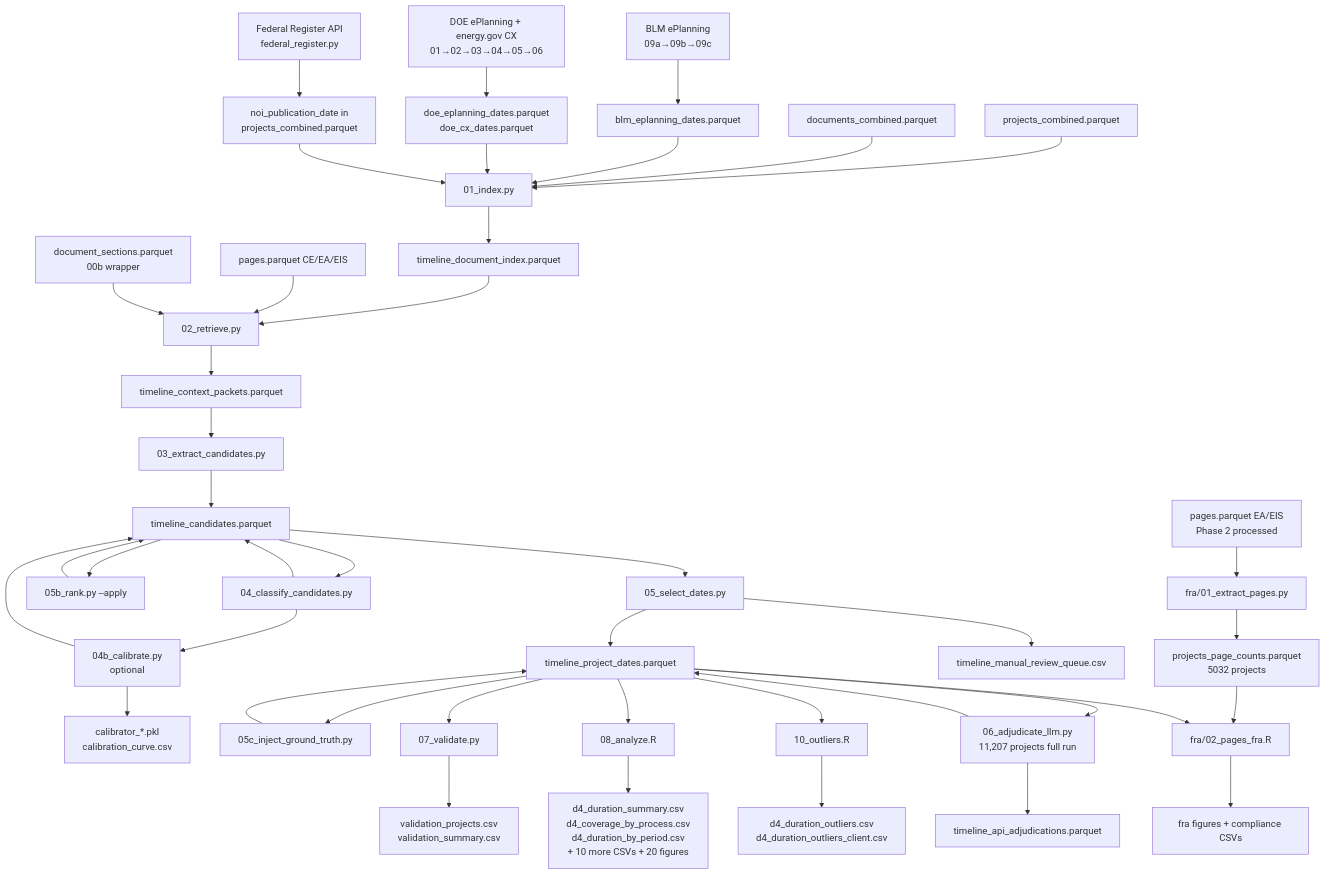
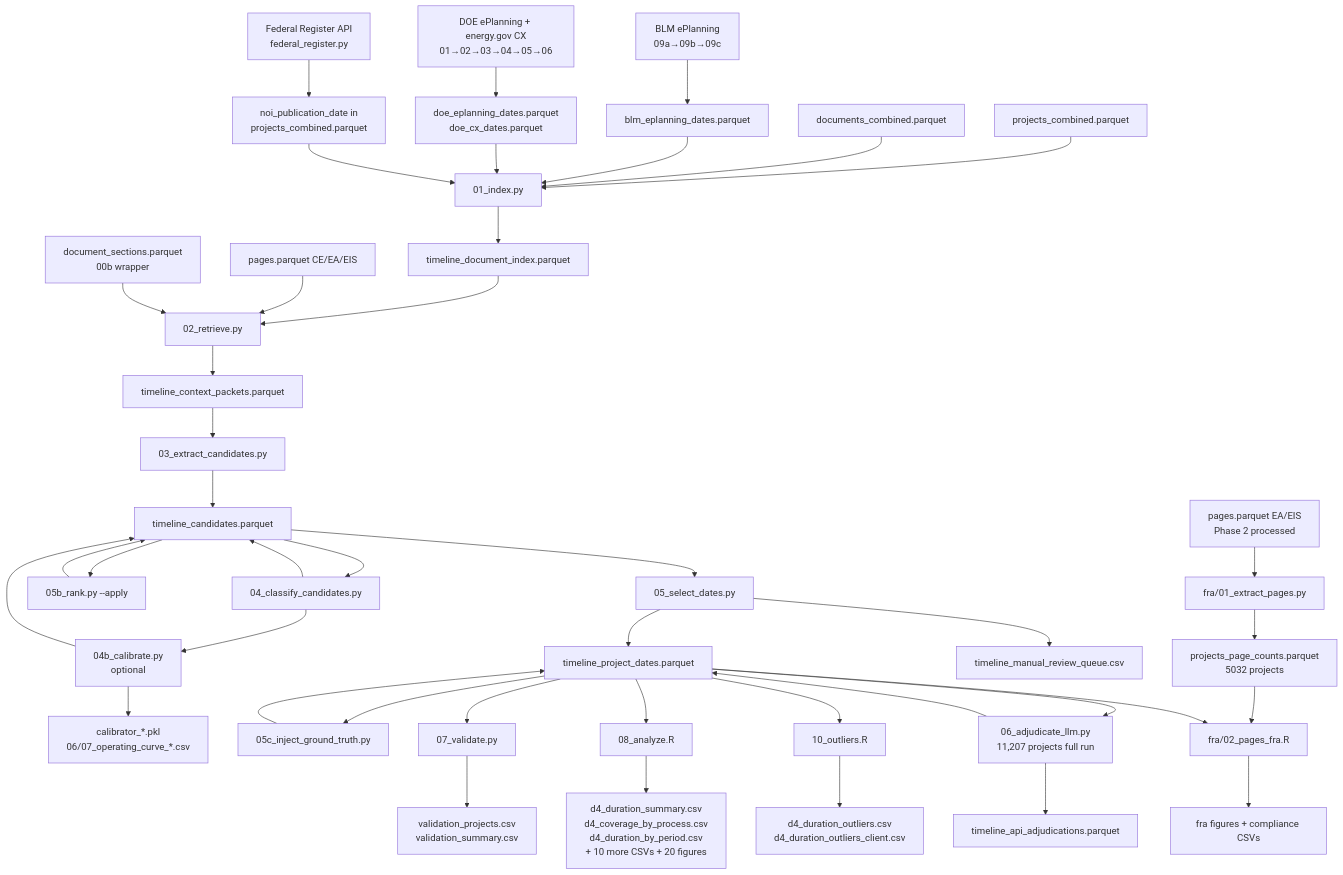
The diagram in phase2/architecture/deliverables/deliverable04.md (kaseyzapatka/nepa), drawn with Mermaid before and after one commit. The commit also changed other lines of this file and 174 other files, not shown here.

````diff
--- a/phase2/architecture/deliverables/deliverable04.md
+++ b/phase2/architecture/deliverables/deliverable04.md
@@ -74,55 +73,55 @@
 ```mermaid
 flowchart TD
     A[BLM ePlanning\n09a→09b→09c] --> B[blm_eplanning_dates.parquet]
     C[DOE ePlanning + energy.gov CX\n01→02→03→04→05→06] --> D[doe_eplanning_dates.parquet\ndoe_cx_dates.parquet]
     E[Federal Register API\nfederal_register.py] --> F[noi_publication_date in\nprojects_combined.parquet]
 
     G[projects_combined.parquet] --> H[01_index.py]
     I[documents_combined.parquet] --> H
     B --> H
     D --> H
     F --> H
     H --> J[timeline_document_index.parquet]
 
     J --> K[02_retrieve.py]
     L[pages.parquet CE/EA/EIS] --> K
     M[document_sections.parquet\n00b wrapper] --> K
     K --> N[timeline_context_packets.parquet]
 
     N --> O[03_extract_candidates.py]
     O --> P[timeline_candidates.parquet]
     P --> C4[04_classify_candidates.py]
     C4 --> P
     C4 --> C4B[04b_calibrate.py\noptional]
-    C4B --> C4O[calibrator_*.pkl\ncalibration_curve.csv]
+    C4B --> C4O[calibrator_*.pkl\n06/07_operating_curve_*.csv]
     C4B --> P
 
     P --> R5B[05b_rank.py --apply]
     R5B --> P
 
     P --> Q[05_select_dates.py]
     Q --> R[timeline_project_dates.parquet]
     Q --> S[timeline_manual_review_queue.csv]
 
     R --> GT[05c_inject_ground_truth.py]
     GT --> R
 
     R --> T[07_validate.py]
     T --> U[validation_projects.csv\nvalidation_summary.csv]
 
     R --> V[06_adjudicate_llm.py\n11,207 projects full run]
     V --> W[timeline_api_adjudications.parquet]
     V --> R
 
     R --> X[08_analyze.R]
     X --> Y[d4_duration_summary.csv\nd4_coverage_by_process.csv\nd4_duration_by_period.csv\n+ 10 more CSVs + 20 figures]
 
     R --> OL[10_outliers.R]
     OL --> OO[d4_duration_outliers.csv\nd4_duration_outliers_client.csv]
 
     FPAGES[pages.parquet EA/EIS\nPhase 2 processed] --> FRA1[fra/01_extract_pages.py]
     FRA1 --> FRA2[projects_page_counts.parquet\n5032 projects]
     FRA2 --> FRA3[fra/02_pages_fra.R]
     R --> FRA3
     FRA3 --> FRA4[fra figures + compliance CSVs]
 ```
````
